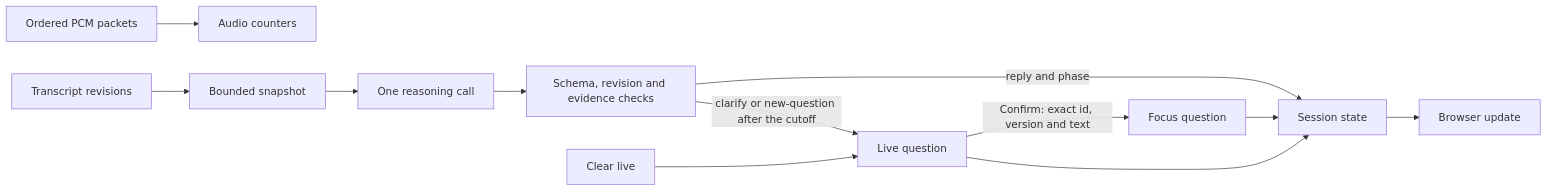
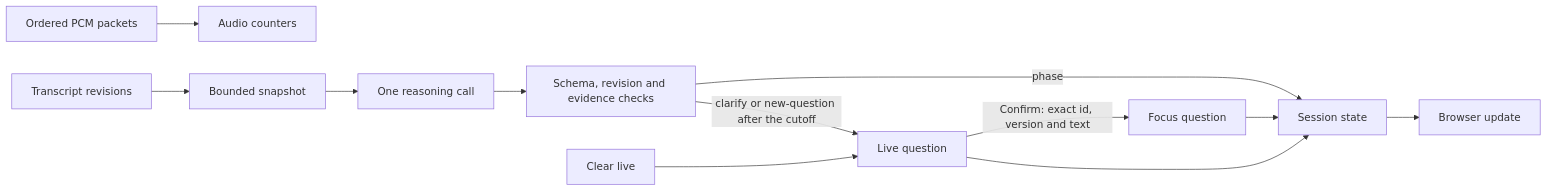
Before and after one commit to Elustondo-ai/alice.good.meetings: the diagram in poc/session.md, drawn with Mermaid. The commit also changed other lines of this file and 23 other files, not shown here.

````diff
--- a/poc/session.md
+++ b/poc/session.md
@@ -5,14 +5,14 @@
 ```mermaid
 flowchart LR
   Audio[Ordered PCM packets] --> Counts[Audio counters]
   Text[Transcript revisions] --> Snapshot[Bounded snapshot]
   Snapshot --> Agent[One reasoning call]
   Agent --> Validate[Schema, revision and evidence checks]
   Validate -->|clarify or new-question after the cutoff| Live[Live question]
   Reset[Clear live] --> Live
   Live -->|Confirm: exact id, version and text| Focus[Focus question]
-  Validate -->|reply and phase| State[Session state]
+  Validate -->|phase| State[Session state]
   Focus --> State
   Live --> State
   State --> Browser[Browser update]
 ```
````
